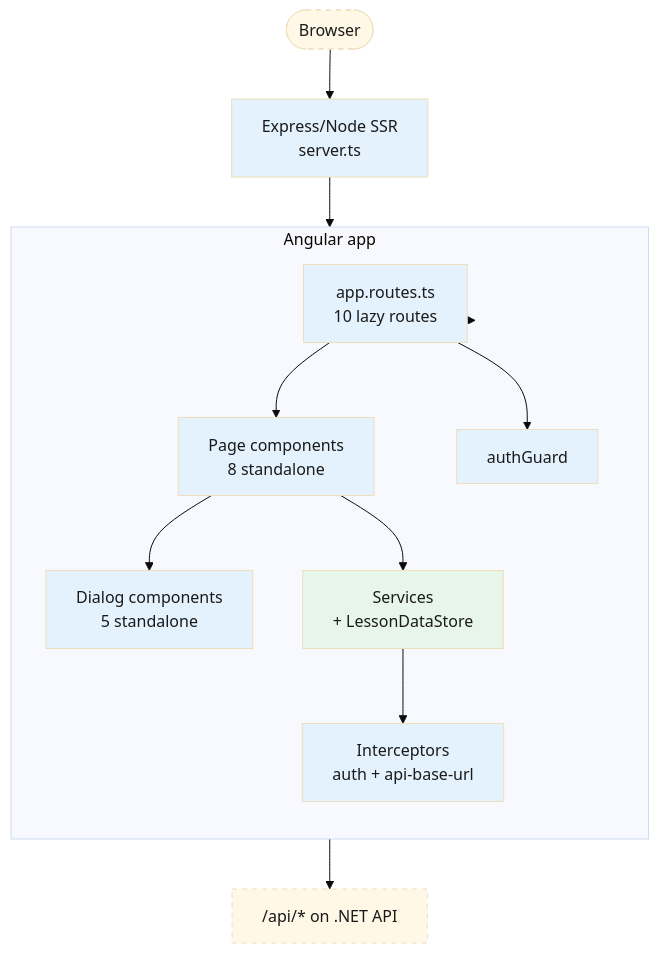
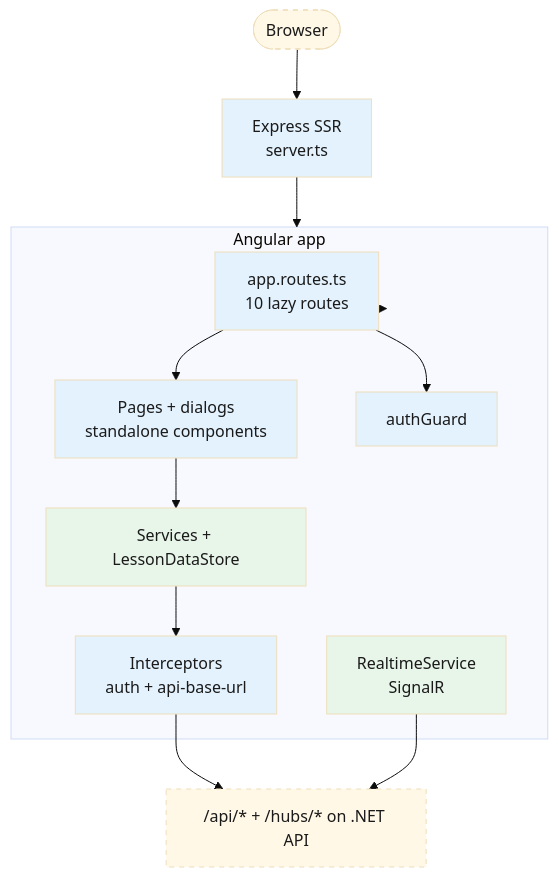
One commit to Dockdep/LessonHub changed the diagram in diagrams/frontend/01-architecture.md. Above: the diagram before and after it, drawn with Mermaid (base theme). The commit also changed other lines of this file and 36 other files, not shown here.

````diff
--- a/diagrams/frontend/01-architecture.md
+++ b/diagrams/frontend/01-architecture.md
@@ -9,28 +9,27 @@
 ```mermaid
 flowchart TD
   classDef ext stroke-dasharray: 5 5,fill:#fff8e7,color:#1a1a1a
   classDef internal fill:#e3f2fd,color:#1a1a1a
   classDef svc fill:#e8f5e9,color:#1a1a1a
 
   browser([Browser]):::ext
-  ssr[Express/Node SSR<br/>server.ts]:::internal
+  ssr[Express SSR<br/>server.ts]:::internal
 
   subgraph app[Angular app]
-    direction TB
     routes[app.routes.ts<br/>10 lazy routes]:::internal
-    pages[Page components<br/>8 standalone]:::internal
-    dialogs[Dialog components<br/>5 standalone]:::internal
-    svcs[Services<br/>+ LessonDataStore]:::svc
+    pages[Pages + dialogs<br/>standalone components]:::internal
+    svcs[Services + LessonDataStore]:::svc
     interceptors[Interceptors<br/>auth + api-base-url]:::internal
     guards[authGuard]:::internal
+    rt[RealtimeService<br/>SignalR]:::svc
   end
 
-  api["/api/* on .NET API"]:::ext
+  api["/api/* + /hubs/* on .NET API"]:::ext
 
   browser --> ssr --> app
   app --> routes --> pages
-  pages --> dialogs
   pages --> svcs
   svcs --> interceptors --> api
   routes --> guards
+  rt --> api
 ```
````
